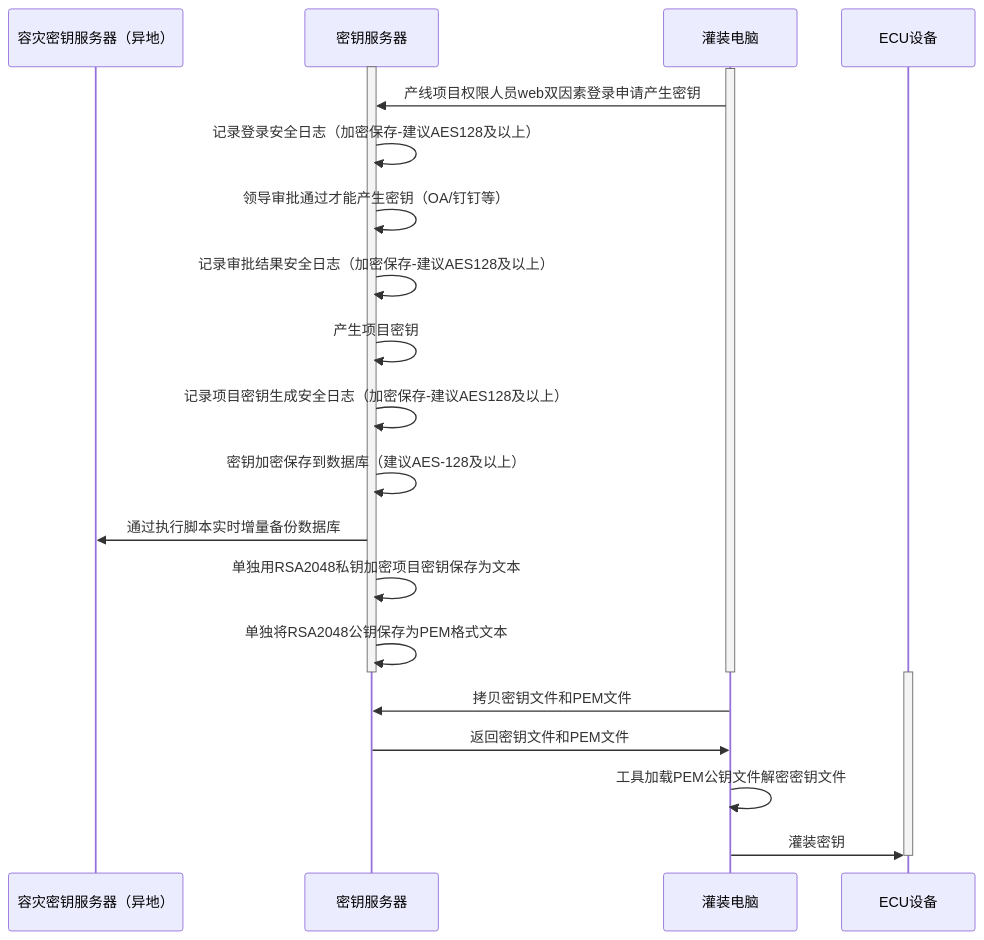
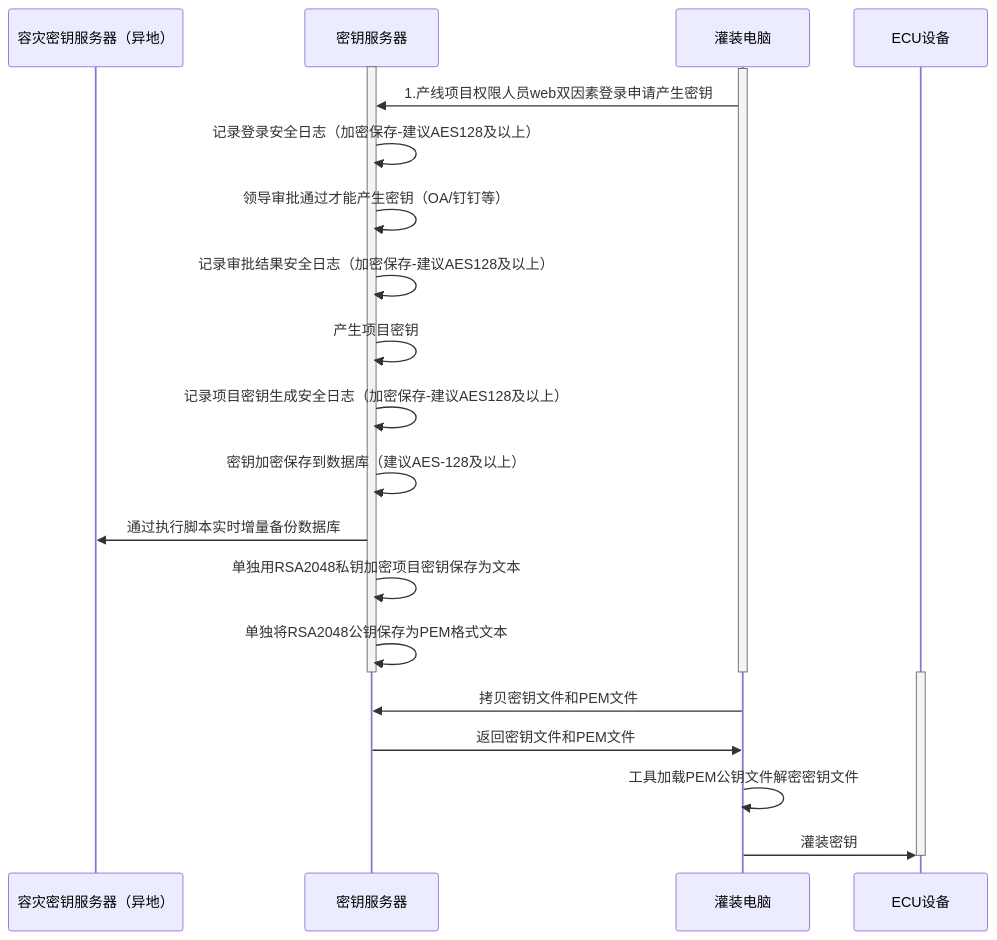
One commit to facebook-cloud/iodraw-files changed the diagram in all/未命名-15.md. Above: the diagram before and after it, drawn with Mermaid.

Commit message:
2026-02-11 19:40:56 update

````diff
--- a/all/未命名-15.md
+++ b/all/未命名-15.md
@@ -1,31 +1,31 @@
 ```mermaid
 sequenceDiagram
     participant A as 容灾密钥服务器（异地）
     participant B as 密钥服务器
     participant D as 灌装电脑
     participant E as ECU设备
 
     activate B
     activate D
-    D->>B: 产线项目权限人员web双因素登录申请产生密钥
+    D->>B: 1.产线项目权限人员web双因素登录申请产生密钥
     B->>B: 记录登录安全日志（加密保存-建议AES128及以上）
     B->>B: 领导审批通过才能产生密钥（OA/钉钉等）
     B->>B: 记录审批结果安全日志（加密保存-建议AES128及以上）
     B->>B: 产生项目密钥
     B->>B: 记录项目密钥生成安全日志（加密保存-建议AES128及以上）
     B->>B: 密钥加密保存到数据库（建议AES-128及以上）
     B->>A: 通过执行脚本实时增量备份数据库
 
     B->>B: 单独用RSA2048私钥加密项目密钥保存为文本
     B->>B: 单独将RSA2048公钥保存为PEM格式文本
     deactivate B
     deactivate D
 
     activate E
     D->>B: 拷贝密钥文件和PEM文件
     B->>D: 返回密钥文件和PEM文件
     D->>D:工具加载PEM公钥文件解密密钥文件
     D->>E: 灌装密钥
     deactivate E
 
 ```
````
